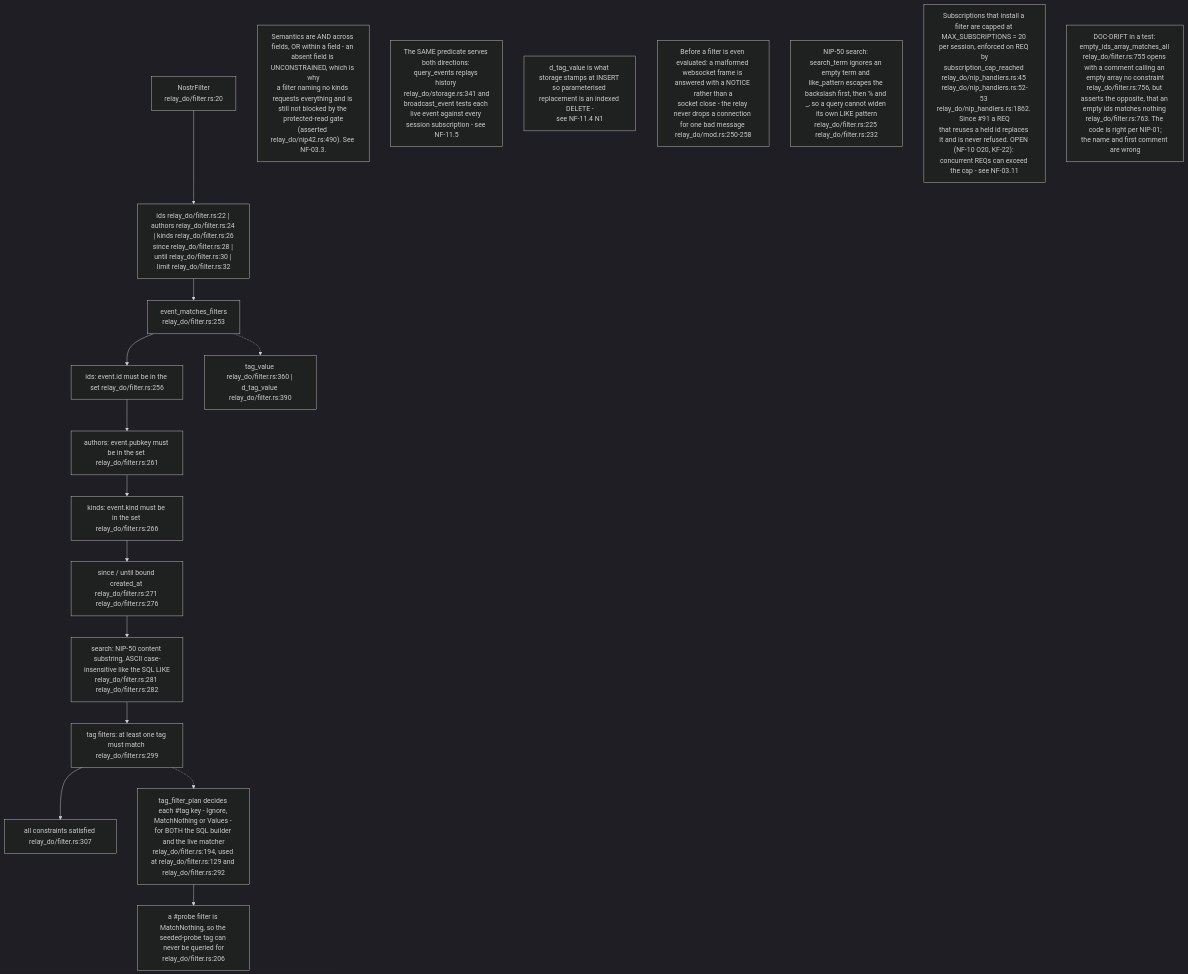
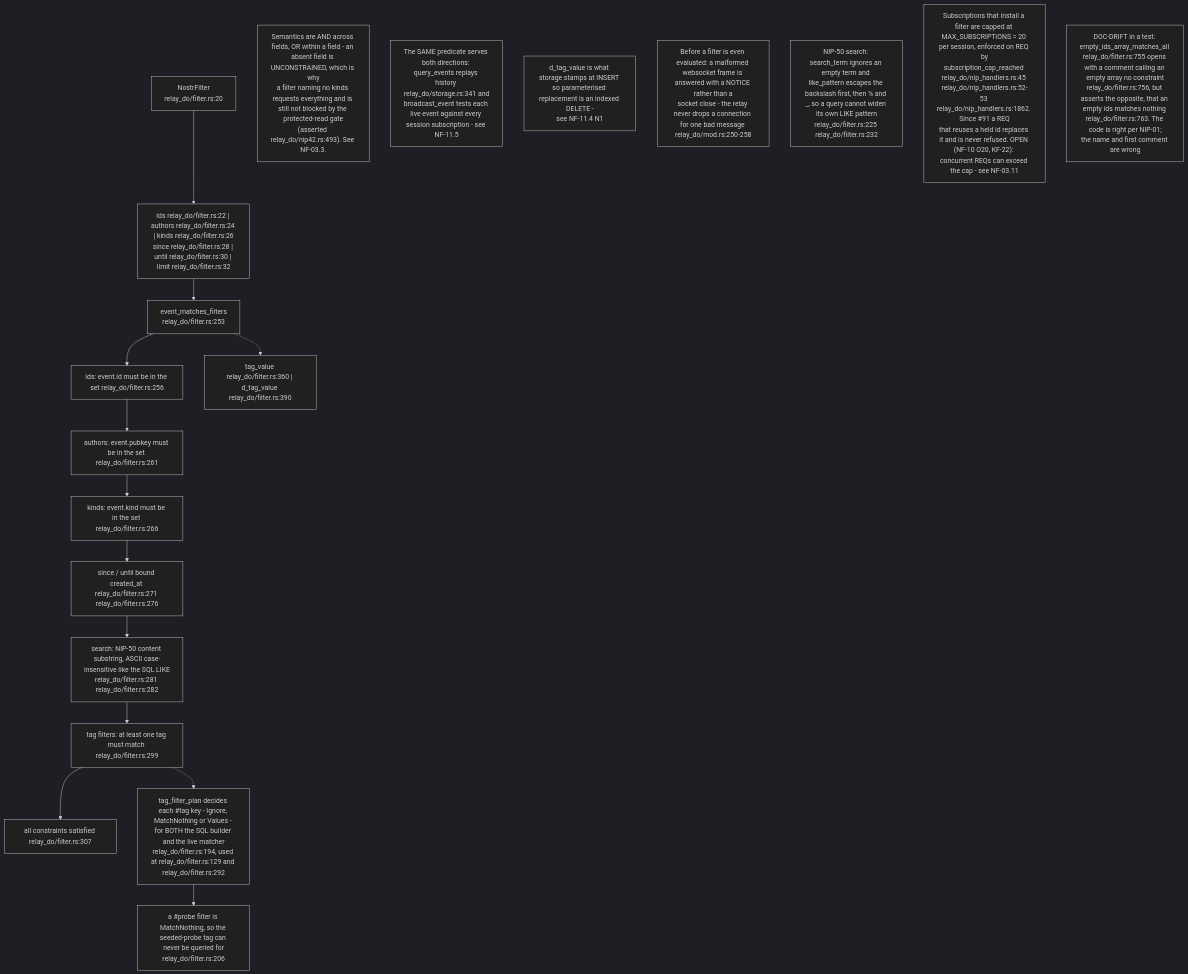
One commit to DreamLab-AI/VisionFlow changed the fifth of 18 diagrams in docs/diagrams/nostr-rust-forum/11-relay-durable-object-internals.md. Above: the diagram before and after it, drawn with Mermaid (dark theme). The commit also changed other lines of this file and 11 other files, not shown here.

````diff
--- a/docs/diagrams/nostr-rust-forum/11-relay-durable-object-internals.md
+++ b/docs/diagrams/nostr-rust-forum/11-relay-durable-object-internals.md
@@ -187,30 +187,30 @@
 ```mermaid
 flowchart TB
     F["NostrFilter<br/>relay_do/filter.rs:20"]
     FLDS["ids relay_do/filter.rs:22 | authors relay_do/filter.rs:24 | kinds relay_do/filter.rs:26<br/>since relay_do/filter.rs:28 | until relay_do/filter.rs:30 | limit relay_do/filter.rs:32"]
     M["event_matches_filters<br/>relay_do/filter.rs:253"]
     C1["ids: event.id must be in the set relay_do/filter.rs:256"]
     C2["authors: event.pubkey must be in the set relay_do/filter.rs:261"]
     C3["kinds: event.kind must be in the set relay_do/filter.rs:266"]
     C4["since / until bound created_at relay_do/filter.rs:271 relay_do/filter.rs:276"]
     C4B["search: NIP-50 content substring, ASCII case-insensitive like the SQL LIKE<br/>relay_do/filter.rs:281 relay_do/filter.rs:282"]
     C5["tag filters: at least one tag must match relay_do/filter.rs:299"]
     OK["all constraints satisfied relay_do/filter.rs:307"]
     HELP["tag_value relay_do/filter.rs:360 | d_tag_value relay_do/filter.rs:390"]
     TAGPLAN["tag_filter_plan decides each #tag key - Ignore, MatchNothing or Values - for BOTH the SQL builder and the live matcher<br/>relay_do/filter.rs:194, used at relay_do/filter.rs:129 and relay_do/filter.rs:292"]
     PROBE["a #probe filter is MatchNothing, so the seeded-probe tag can never be queried for<br/>relay_do/filter.rs:206"]
 
     F --> FLDS --> M
     M --> C1 --> C2 --> C3 --> C4 --> C4B --> C5 --> OK
     M -.-> HELP
     TAGPLAN --> PROBE
     C5 -.-> TAGPLAN
 
-    N1["Semantics are AND across fields, OR within a field - an absent field is UNCONSTRAINED, which is why<br/>a filter naming no kinds requests everything and is still not blocked by the protected-read gate<br/>(asserted relay_do/nip42.rs:490). See NF-03.3."]
+    N1["Semantics are AND across fields, OR within a field - an absent field is UNCONSTRAINED, which is why<br/>a filter naming no kinds requests everything and is still not blocked by the protected-read gate<br/>(asserted relay_do/nip42.rs:493). See NF-03.3."]
     N2["The SAME predicate serves both directions: query_events replays history relay_do/storage.rs:341 and<br/>broadcast_event tests each live event against every session subscription - see NF-11.5"]
     N3["d_tag_value is what storage stamps at INSERT so parameterised replacement is an indexed DELETE -<br/>see NF-11.4 N1"]
     N4["Before a filter is even evaluated: a malformed websocket frame is answered with a NOTICE rather than a<br/>socket close - the relay never drops a connection for one bad message relay_do/mod.rs:250-258"]
     N6["NIP-50 search: search_term ignores an empty term and like_pattern escapes the backslash first, then % and _, so a query cannot widen its own LIKE pattern<br/>relay_do/filter.rs:225 relay_do/filter.rs:232"]
     N5["Subscriptions that install a filter are capped at MAX_SUBSCRIPTIONS = 20 per session, enforced on REQ by<br/>subscription_cap_reached relay_do/nip_handlers.rs:45 relay_do/nip_handlers.rs:52-53 relay_do/nip_handlers.rs:1862. Since #91 a REQ<br/>that reuses a held id replaces it and is never refused. OPEN (NF-10 O20, KF-22): concurrent REQs can exceed the cap - see NF-03.11"]
     N7["DOC-DRIFT in a test: empty_ids_array_matches_all relay_do/filter.rs:755 opens with a comment calling an empty array no constraint<br/>relay_do/filter.rs:756, but asserts the opposite, that an empty ids matches nothing relay_do/filter.rs:763. The code is right per NIP-01;<br/>the name and first comment are wrong"]
 ```
````
